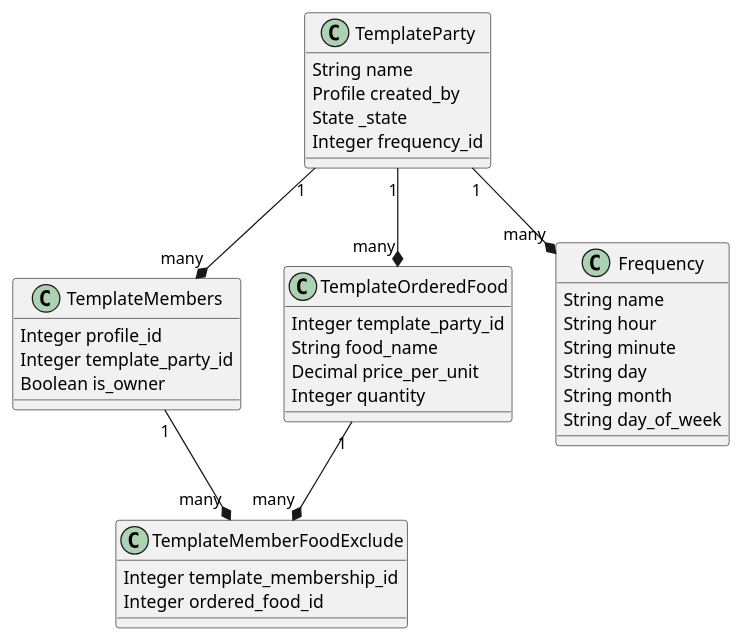
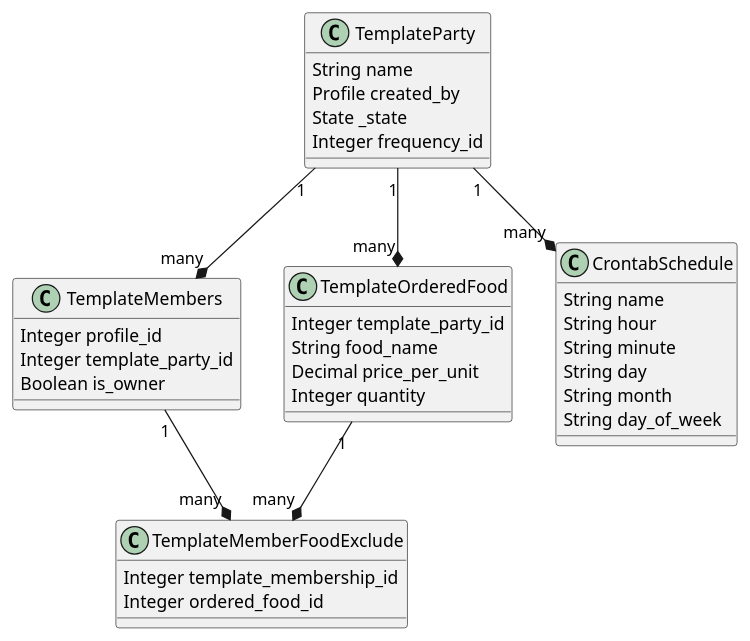
The diagram in umltemplateparties.puml (DDshka/PartyCalculator), drawn with PlantUML before and after one commit. The commit also changed 11 other files, not shown here.

```diff
--- a/umltemplateparties.puml
+++ b/umltemplateparties.puml
@@ -1,41 +1,41 @@
 @startuml
 class TemplateParty {
   String name
   Profile created_by
   State _state
   Integer frequency_id
 }
 
 class TemplateMembers {
   Integer profile_id
   Integer template_party_id
   Boolean is_owner
 }
 
 class TemplateMemberFoodExclude {
   Integer template_membership_id
   Integer ordered_food_id
 }
 
 class TemplateOrderedFood {
   Integer template_party_id
   String food_name
   Decimal price_per_unit
   Integer quantity
 }
 
-class Frequency {
+class CrontabSchedule {
   String name
   String hour
   String minute
   String day
   String month
   String day_of_week
 }
 
 TemplateParty "1" --* "many" TemplateMembers
 TemplateMembers "1" --* "many" TemplateMemberFoodExclude
 TemplateParty "1" --* "many" TemplateOrderedFood
 TemplateOrderedFood "1" --* "many" TemplateMemberFoodExclude
-TemplateParty "1" --* "many" Frequency
+TemplateParty "1" --* "many" CrontabSchedule
 @enduml
```
